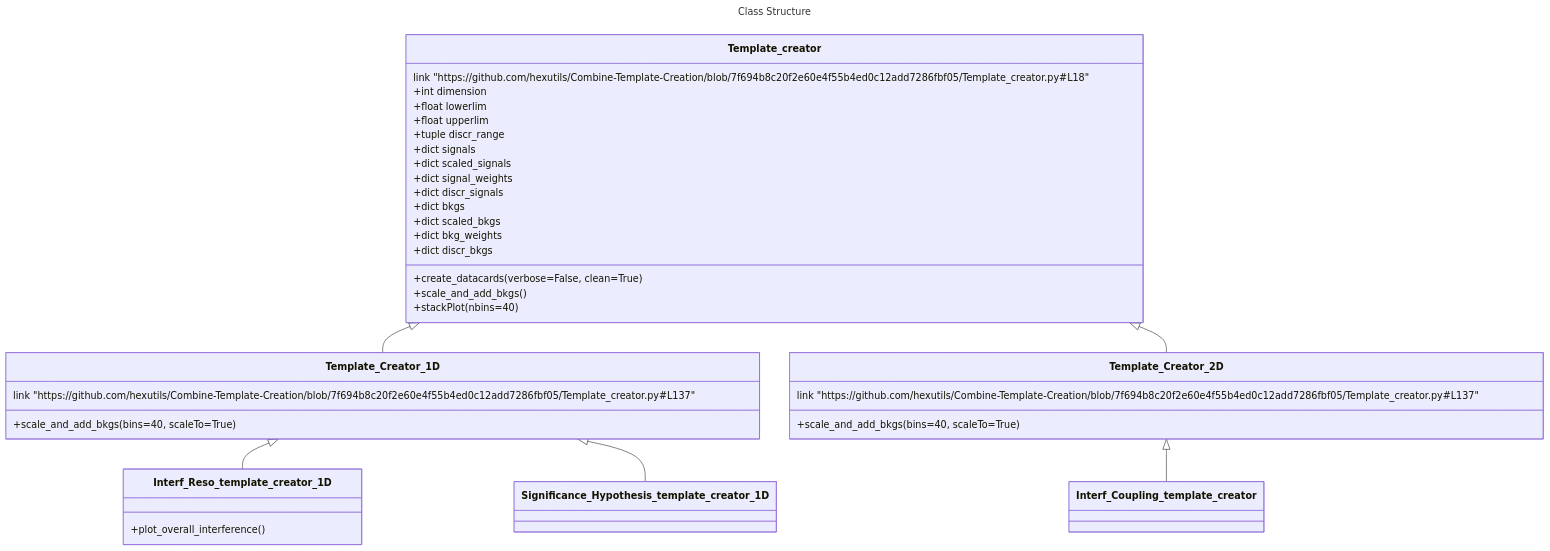
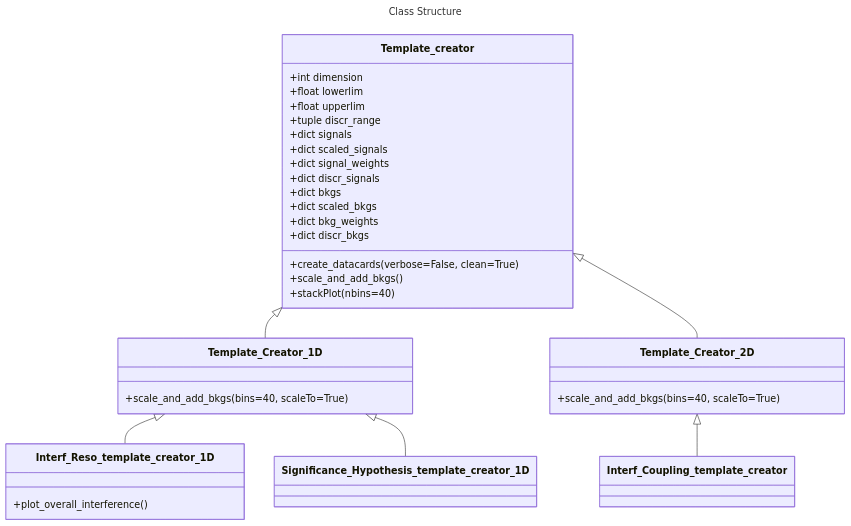
Before and after one commit to hexutils/Combine-Template-Creation: the diagram in README.md, drawn with Mermaid.

````diff
--- a/README.md
+++ b/README.md
@@ -27,44 +27,41 @@
 ```mermaid
 ---
 title: Class Structure
 ---
 classDiagram
   Template_creator <|-- Template_Creator_1D
   Template_creator <|-- Template_Creator_2D
   Template_Creator_2D <|-- Interf_Coupling_template_creator
   Template_Creator_1D <|-- Interf_Reso_template_creator_1D
   Template_Creator_1D <|-- Significance_Hypothesis_template_creator_1D
   class Template_creator{
-    link "https://github.com/hexutils/Combine-Template-Creation/blob/7f694b8c20f2e60e4f55b4ed0c12add7286fbf05/Template_creator.py#L18"
     +int dimension
     +float lowerlim
     +float upperlim
     +tuple discr_range
     +dict signals
     +dict scaled_signals
     +dict signal_weights
     +dict discr_signals
     +dict bkgs
     +dict scaled_bkgs
     +dict bkg_weights
     +dict discr_bkgs
     +create_datacards(verbose=False, clean=True)
     +scale_and_add_bkgs()
     +stackPlot(nbins=40)
   }
   class Template_Creator_1D{
-    link "https://github.com/hexutils/Combine-Template-Creation/blob/7f694b8c20f2e60e4f55b4ed0c12add7286fbf05/Template_creator.py#L137"
     +scale_and_add_bkgs(bins=40, scaleTo=True)
   }
   class Template_Creator_2D{
-    link "https://github.com/hexutils/Combine-Template-Creation/blob/7f694b8c20f2e60e4f55b4ed0c12add7286fbf05/Template_creator.py#L137"
     +scale_and_add_bkgs(bins=40, scaleTo=True)
   }
   class Interf_Coupling_template_creator{
   }
   class Interf_Reso_template_creator_1D{
     +plot_overall_interference()
   }
   class Significance_Hypothesis_template_creator_1D{
   }
 ```
````
